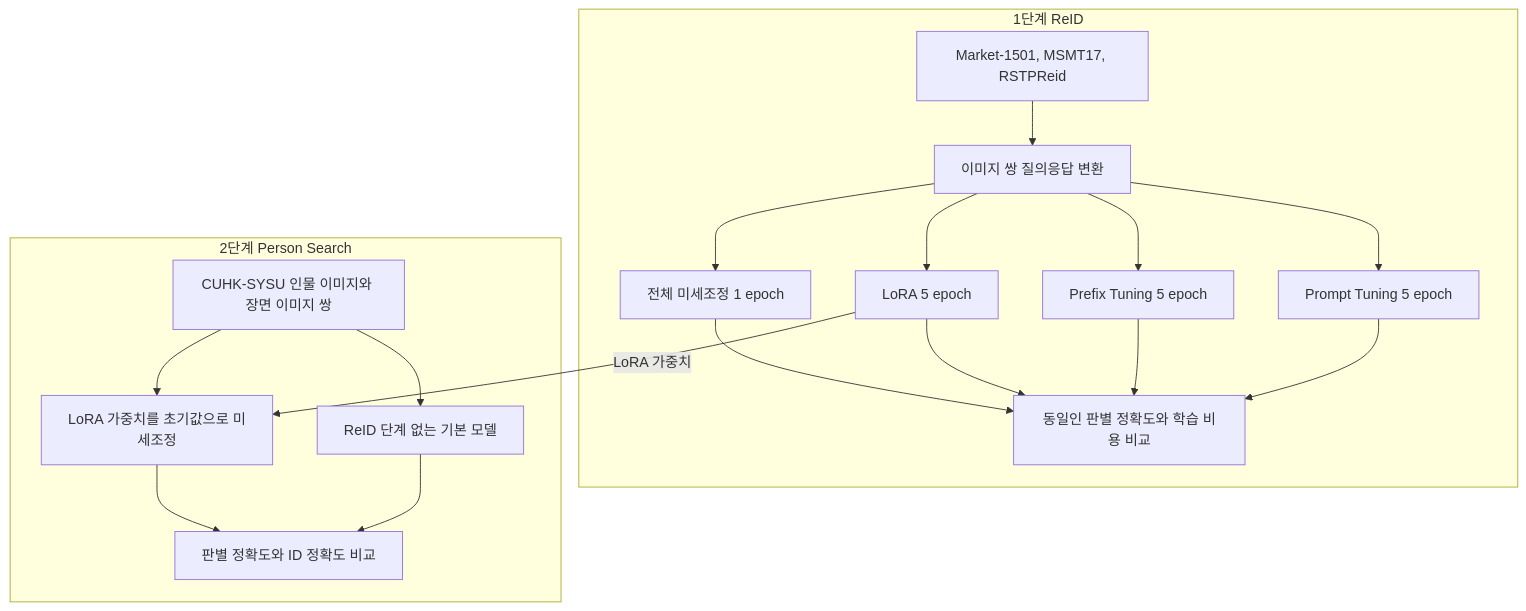
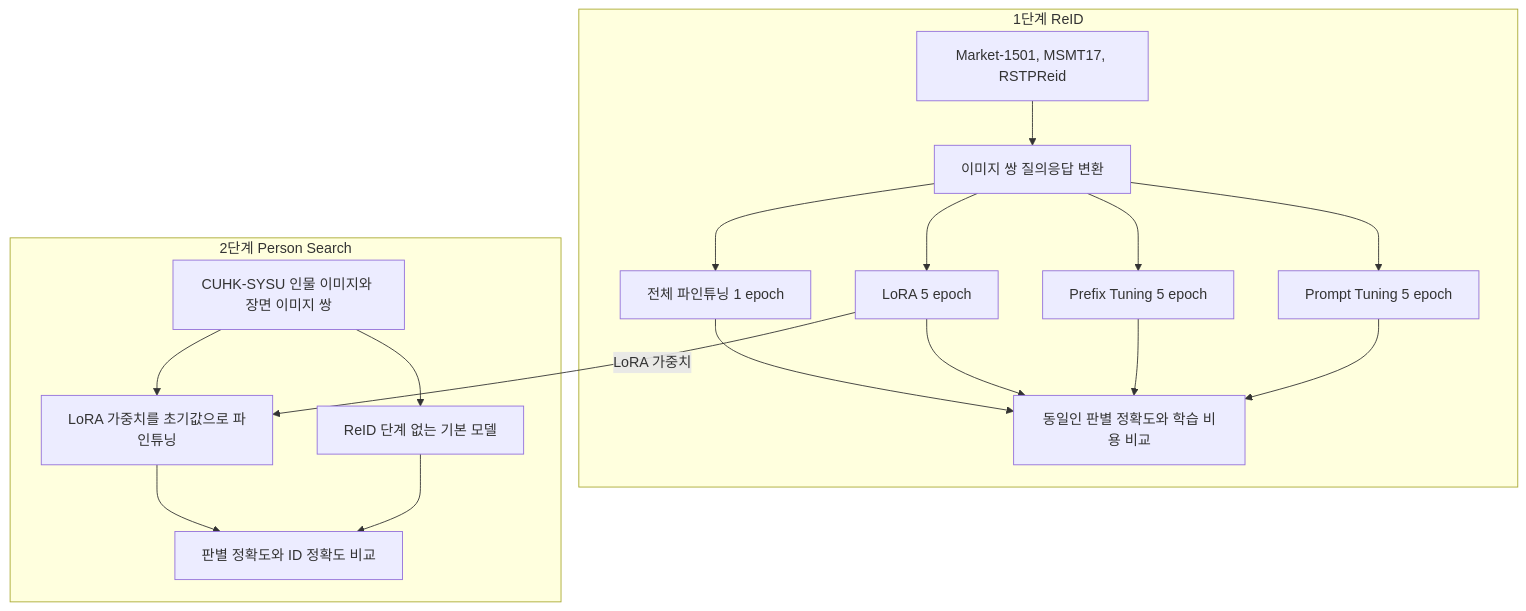
One commit to khj1212k/portfolio changed the diagram in projects/vlm-person-reid-thesis.md. Above: the diagram before and after it, drawn with Mermaid. The commit also changed other lines of this file and 9 other files, not shown here.

````diff
--- a/projects/vlm-person-reid-thesis.md
+++ b/projects/vlm-person-reid-thesis.md
@@ -25,21 +17,21 @@
 ```mermaid
 flowchart TB
     subgraph S1["1단계 ReID"]
         A["Market-1501, MSMT17, RSTPReid"] --> B["이미지 쌍 질의응답 변환"]
-        B --> C["전체 미세조정 1 epoch"]
+        B --> C["전체 파인튜닝 1 epoch"]
         B --> D["LoRA 5 epoch"]
         B --> E["Prefix Tuning 5 epoch"]
         B --> F["Prompt Tuning 5 epoch"]
         C --> G["동일인 판별 정확도와 학습 비용 비교"]
         D --> G
         E --> G
         F --> G
     end
     subgraph S2["2단계 Person Search"]
-        H["CUHK-SYSU 인물 이미지와 장면 이미지 쌍"] --> I["LoRA 가중치를 초기값으로 미세조정"]
+        H["CUHK-SYSU 인물 이미지와 장면 이미지 쌍"] --> I["LoRA 가중치를 초기값으로 파인튜닝"]
         H --> J["ReID 단계 없는 기본 모델"]
         I --> K["판별 정확도와 ID 정확도 비교"]
         J --> K
     end
     D -- "LoRA 가중치" --> I
 ```
````
